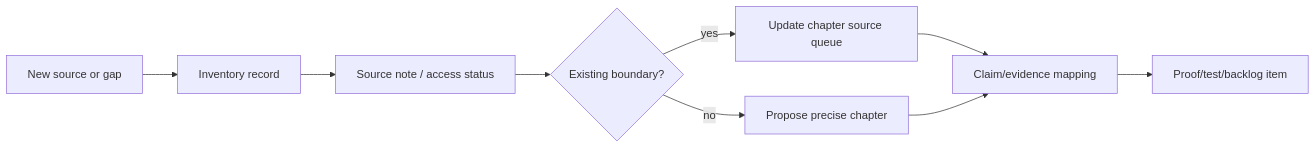
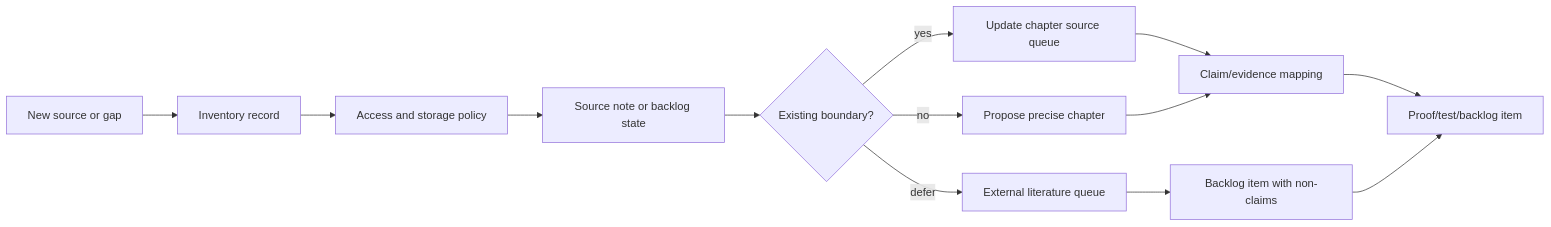
The diagram in chapters/open-research-agenda-and-bibliography-plan.qmd (corbensorenson/asi-stack-book), drawn with Mermaid before and after one commit. The commit also changed 7 other files, not shown here.

Commit message:
Strengthen diagram substance validation

````diff
--- a/chapters/open-research-agenda-and-bibliography-plan.qmd
+++ b/chapters/open-research-agenda-and-bibliography-plan.qmd
@@ -117,11 +117,15 @@
 ```{mermaid}
 flowchart LR
   A["New source or gap"] --> B["Inventory record"]
-  B --> C["Source note / access status"]
-  C --> D{"Existing boundary?"}
-  D -- "yes" --> E["Update chapter source queue"]
-  D -- "no" --> F["Propose precise chapter"]
-  E --> G["Claim/evidence mapping"]
-  F --> G
-  G --> H["Proof/test/backlog item"]
+  B --> C["Access and storage policy"]
+  C --> D["Source note or backlog state"]
+  D --> E{"Existing boundary?"}
+  E -- "yes" --> F["Update chapter source queue"]
+  E -- "no" --> G["Propose precise chapter"]
+  E -- "defer" --> H["External literature queue"]
+  F --> I["Claim/evidence mapping"]
+  G --> I
+  H --> J["Backlog item with non-claims"]
+  I --> K["Proof/test/backlog item"]
+  J --> K
 ```
````
